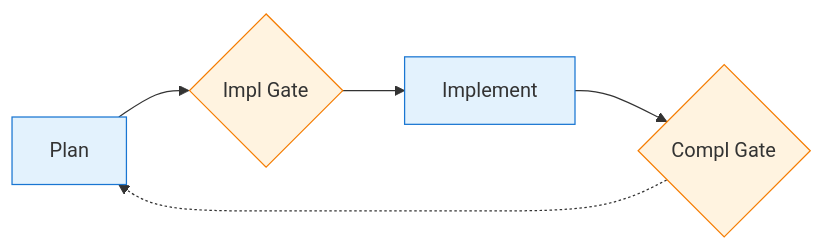
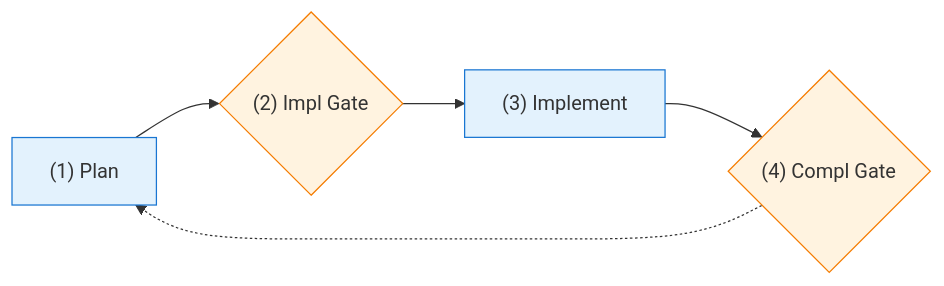
Before and after one commit to binaryphile/tandem-protocol: the first of 5 diagrams in README.md, drawn with Mermaid.

Commit message:
Add step numbers to overview diagram using parens
(1) Plan → (2) Impl Gate → (3) Implement → (4) Compl Gate

Avoids markdown list issue by using parens instead of period.

````diff
--- a/README.md
+++ b/README.md
@@ -58,12 +58,12 @@
 ```mermaid
 flowchart LR
-    S1[Plan] --> S2{Impl Gate}
-    S2 --> S3[Implement]
-    S3 --> S4{Compl Gate}
+    S1["(1) Plan"] --> S2{"(2) Impl Gate"}
+    S2 --> S3["(3) Implement"]
+    S3 --> S4{"(4) Compl Gate"}
     S4 -.-> S1
 
     style S1 fill:#e3f2fd,stroke:#1976d2
     style S3 fill:#e3f2fd,stroke:#1976d2
     style S2 fill:#fff3e0,stroke:#f57c00
     style S4 fill:#fff3e0,stroke:#f57c00
 ```
````
